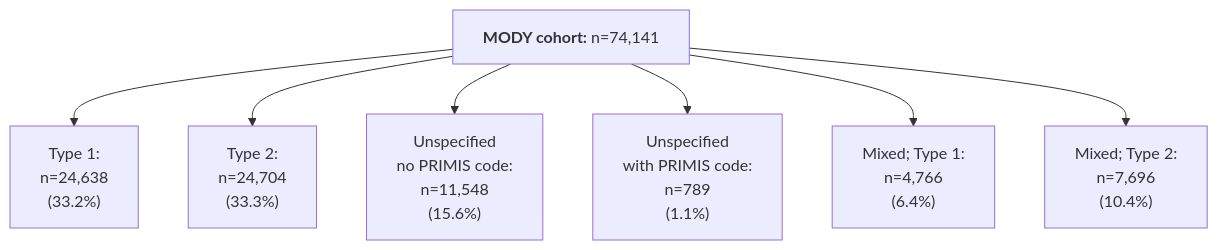
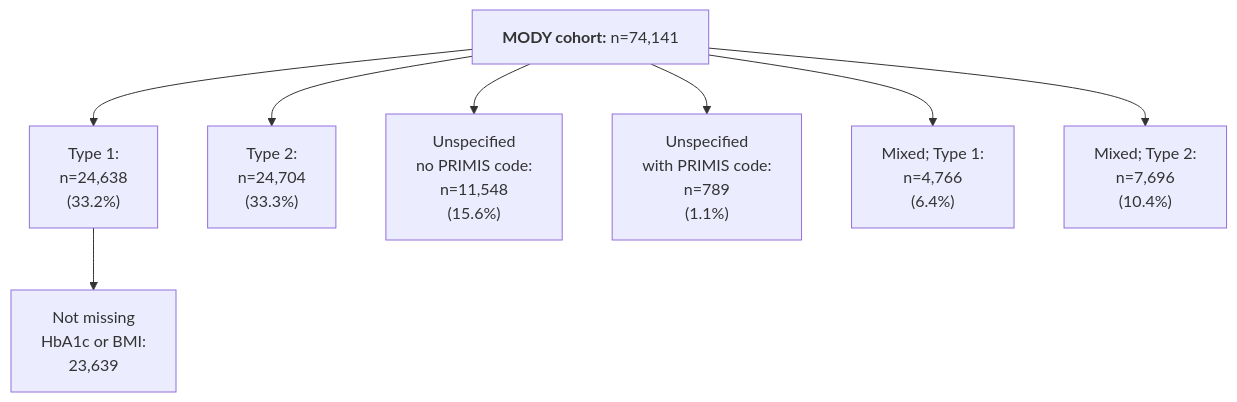
The third of 3 diagrams in README.md (Exeter-Diabetes/CPRD-Katie-DePICtion-Scripts), drawn with Mermaid before and after one commit.

````diff
--- a/README.md
+++ b/README.md
@@ -90,9 +90,13 @@
 ```mermaid
 graph TD;
     G["<b>MODY cohort:</b> n=74,141"] --> H["Type 1:<br>n=24,638<br>(33.2%)"]
     G --> I["Type 2:<br>n=24,704<br>(33.3%)"]
     G --> J["Unspecified<br>no PRIMIS code:<br>n=11,548<br>(15.6%)"]
     G --> K["Unspecified<br>with PRIMIS code: <br>n=789<br>(1.1%)"]
     G --> L["Mixed; Type 1:<br>n=4,766<br>(6.4%)"]
     G --> M["Mixed; Type 2:<br>n=7,696<br>(10.4%)"]
+    H --> N["Not missing<br>HbA1c or BMI:<br>23,639"]
+    
+    
+    
 ```
````
